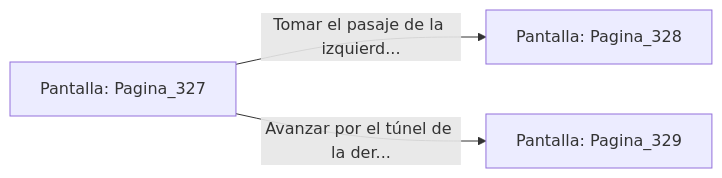
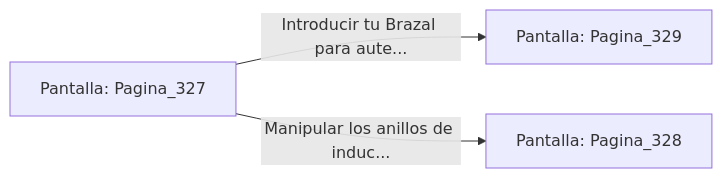
One commit to metsuke/mpl changed the diagram in sample/eligejuego-vault/Pantalla_Pagina_327.md. Above: the diagram before and after it, drawn with Mermaid. The commit also changed other lines of this file and 635 other files, not shown here.

First line of the commit message:
fix: añadir Pagina_1 como pantalla inicial en capitulo_01.mpl

````diff
--- a/sample/eligejuego-vault/Pantalla_Pagina_327.md
+++ b/sample/eligejuego-vault/Pantalla_Pagina_327.md
@@ -20,6 +24,6 @@
 ```mermaid
 graph LR
     P_Pagina_327["Pantalla: Pagina_327"]
-    P_Pagina_327 -->|"Tomar el pasaje de la izquierd..."| P_Pagina_328["Pantalla: Pagina_328"]
-    P_Pagina_327 -->|"Avanzar por el túnel de la der..."| P_Pagina_329["Pantalla: Pagina_329"]
+    P_Pagina_327 -->|"Introducir tu Brazal para aute..."| P_Pagina_329["Pantalla: Pagina_329"]
+    P_Pagina_327 -->|"Manipular los anillos de induc..."| P_Pagina_328["Pantalla: Pagina_328"]
 ```
````
